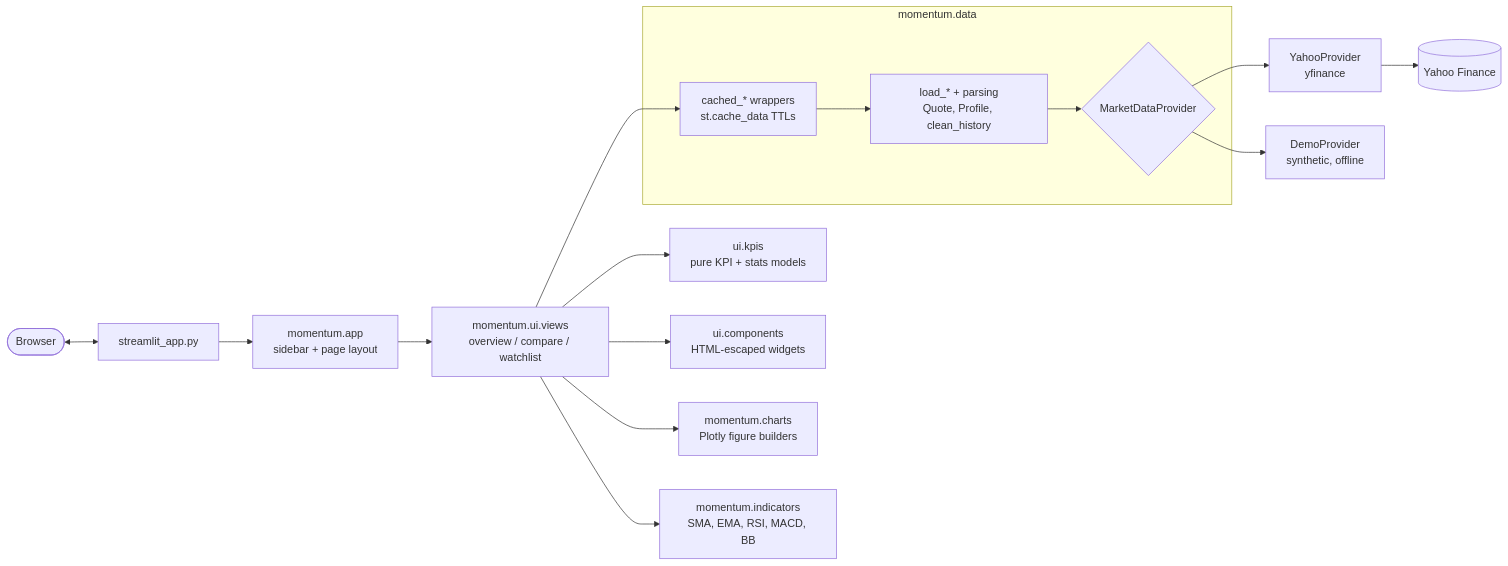
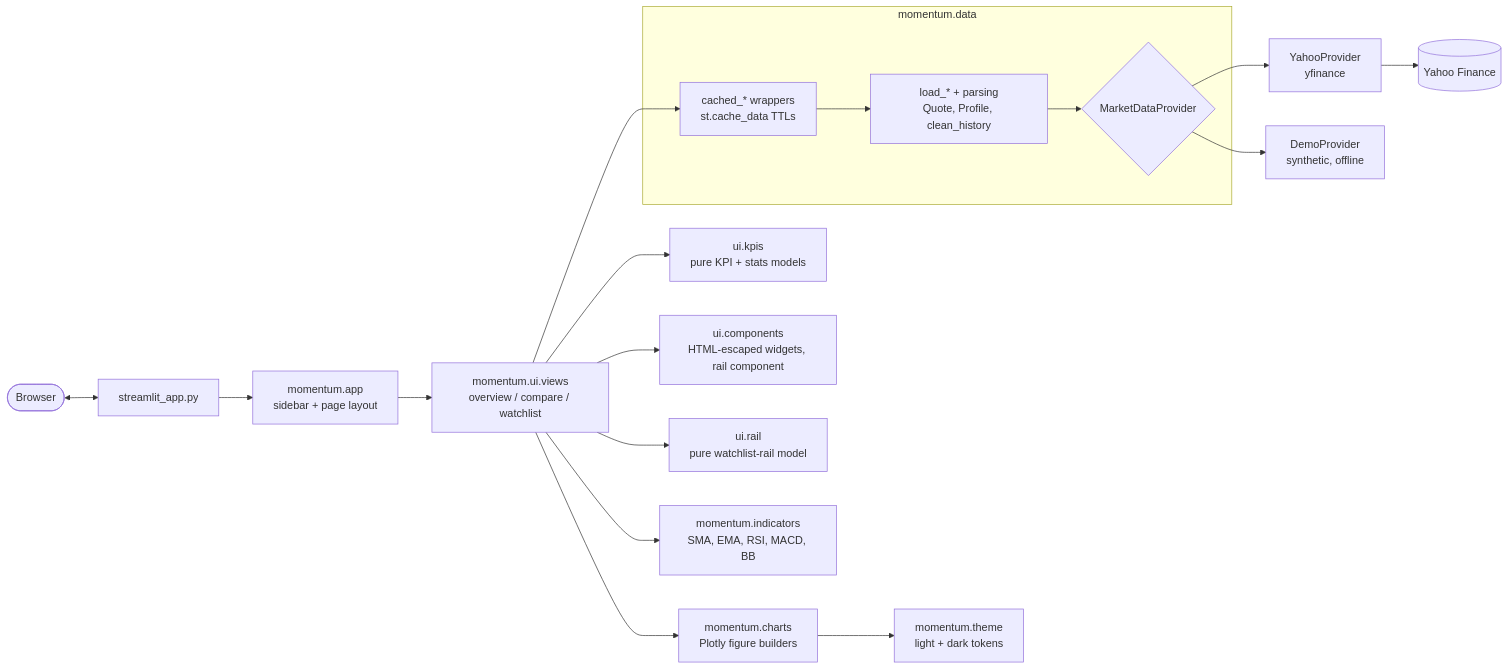
Before and after one commit to Arya-9989/Momentum-Live-Stock-Tracker: the diagram in README.md, drawn with Mermaid. The commit also changed other lines of this file and 9 other files, not shown here.

First line of the commit message:
docs: light/dark README hero, live screenshots and design notes

````diff
--- a/README.md
+++ b/README.md
@@ -61,18 +91,20 @@
 ```mermaid
 flowchart LR
     user([Browser]) <--> entry[streamlit_app.py]
     entry --> app[momentum.app<br/>sidebar + page layout]
     app --> views[momentum.ui.views<br/>overview / compare / watchlist]
     views --> kpis[ui.kpis<br/>pure KPI + stats models]
-    views --> components[ui.components<br/>HTML-escaped widgets]
+    views --> components[ui.components<br/>HTML-escaped widgets, rail component]
+    views --> rail[ui.rail<br/>pure watchlist-rail model]
+    charts --> theme[momentum.theme<br/>light + dark tokens]
     views --> charts[momentum.charts<br/>Plotly figure builders]
     views --> indicators[momentum.indicators<br/>SMA, EMA, RSI, MACD, BB]
     views --> cache
     subgraph data [momentum.data]
         cache[cached_* wrappers<br/>st.cache_data TTLs] --> loaders[load_* + parsing<br/>Quote, Profile, clean_history]
         loaders --> provider{MarketDataProvider}
     end
     provider --> yahoo[YahooProvider<br/>yfinance]
     provider --> demo[DemoProvider<br/>synthetic, offline]
     yahoo --> yf[(Yahoo Finance)]
 ```
````
